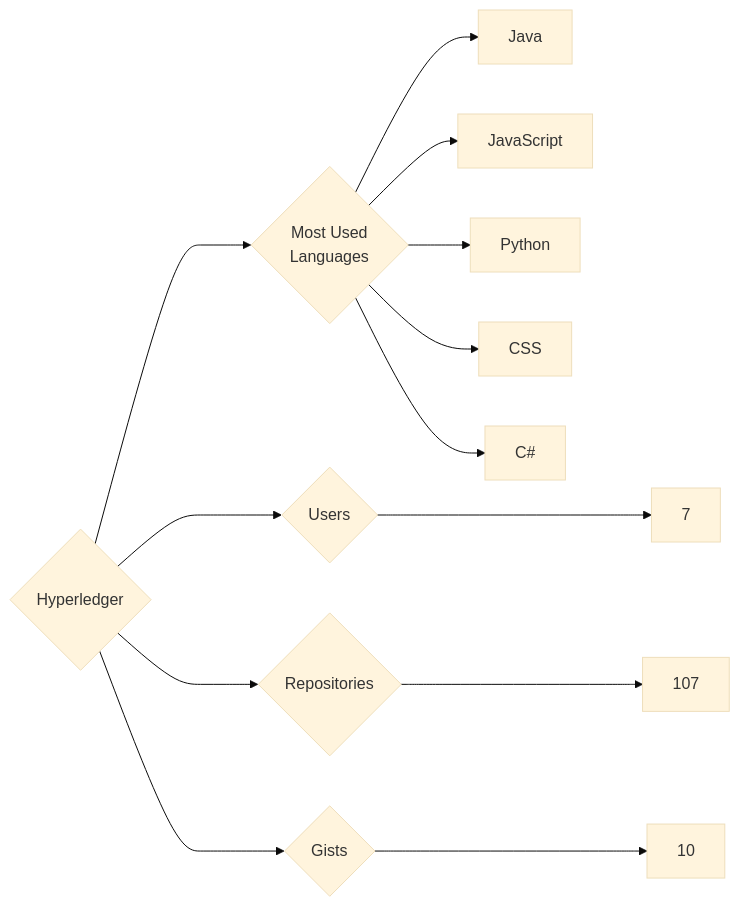
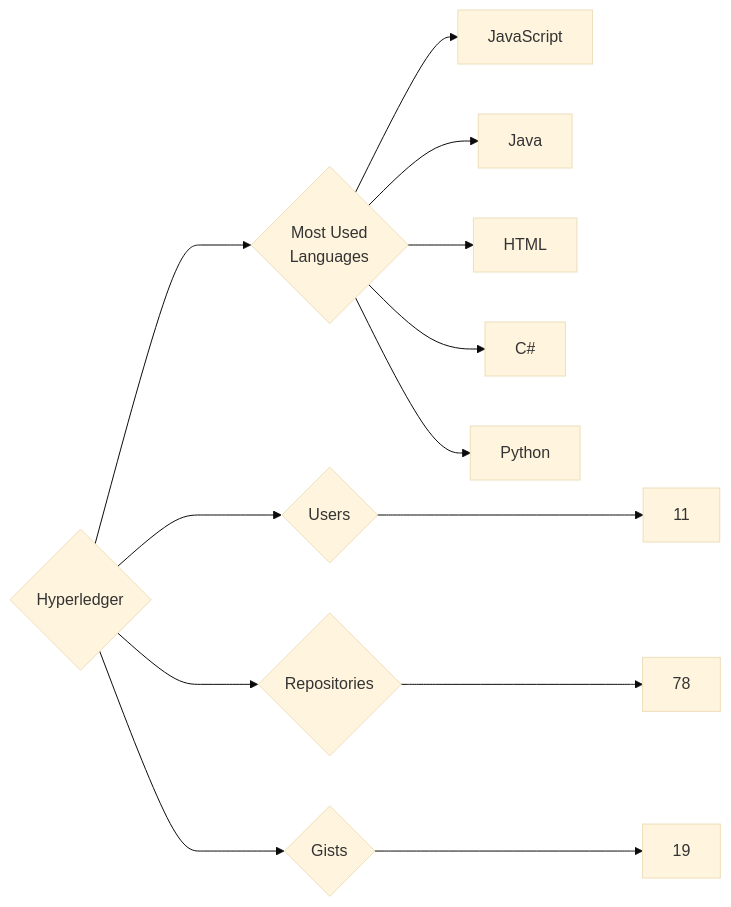
The diagram in targets/Hyperledger/README.md (trickest/insiders), drawn with Mermaid (base theme) before and after one commit. The commit also changed 1141 other files, not shown here.

````diff
--- a/targets/Hyperledger/README.md
+++ b/targets/Hyperledger/README.md
@@ -3,13 +3,13 @@
 ```mermaid
 graph LR
 COMPANY_NAME{Hyperledger}
-COMPANY_NAME ---> U{Users} ---> UN[7]
-COMPANY_NAME ---> R{Repositories} ---> RN[107]
-COMPANY_NAME ---> G{Gists} ---> GN[10]
+COMPANY_NAME ---> U{Users} ---> UN[11]
+COMPANY_NAME ---> R{Repositories} ---> RN[78]
+COMPANY_NAME ---> G{Gists} ---> GN[19]
 COMPANY_NAME ---> ML{Most Used<br>Languages}
+ML --> JavaScript[JavaScript]
 ML --> Java[Java]
-ML --> JavaScript[JavaScript]
+ML --> HTML[HTML]
+ML --> C#[C#]
 ML --> Python[Python]
-ML --> CSS[CSS]
-ML --> C#[C#]
 ```
````
